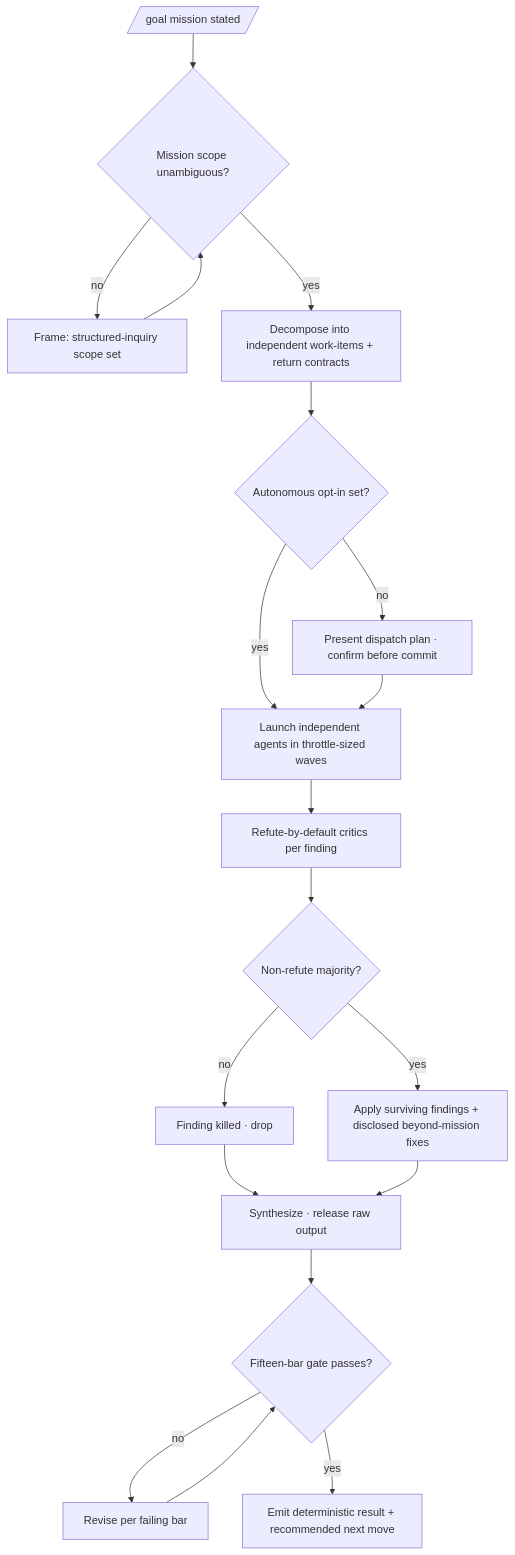
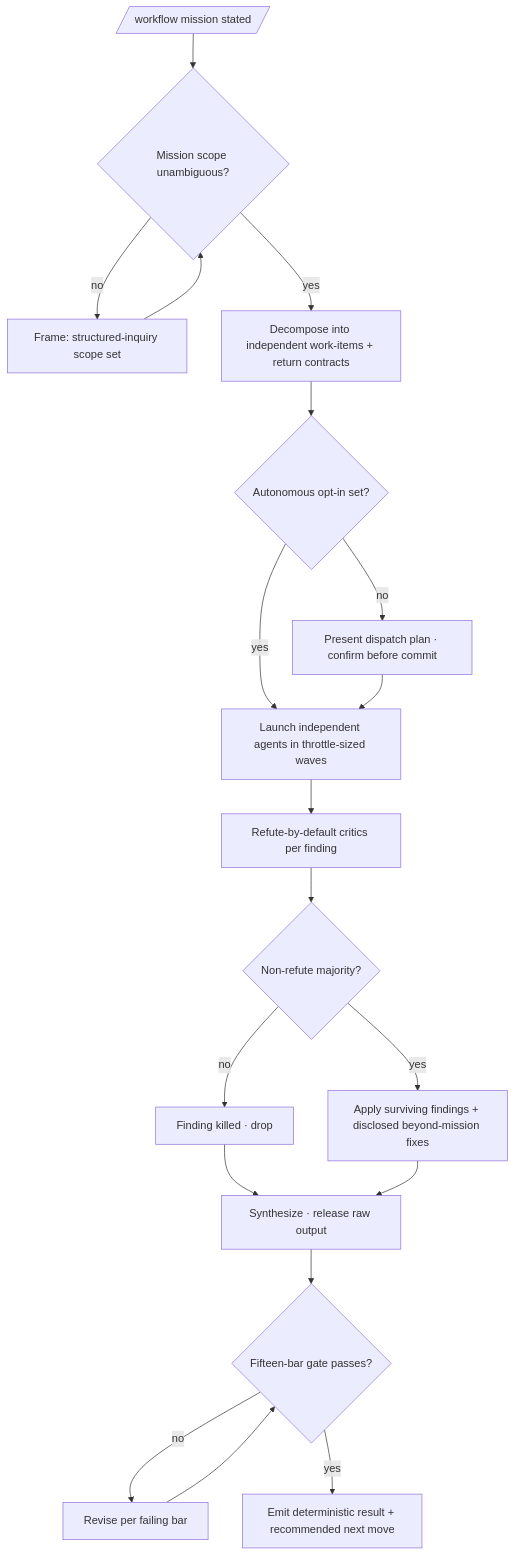
Before and after one commit to Ahmed-G-Gad/apothem: the diagram in src/apothem/commands/workflow.md, drawn with Mermaid. The commit also changed other lines of this file and 25 other files, not shown here.

````diff
--- a/src/apothem/commands/workflow.md
+++ b/src/apothem/commands/workflow.md
@@ -124,24 +124,24 @@
 ```mermaid
 %% verified: 2026-06-14 %%
 %% provenance: commands/workflow.md §Workflow %%
 %% cross-reference: skills/workflow/SKILL.md, rules/agent-orchestration.md, rules/agnostic-posture.md %%
 flowchart TD
-    Start[/goal mission stated/] --> Frame{Mission scope unambiguous?}
+    Start[/workflow mission stated/] --> Frame{Mission scope unambiguous?}
     Frame -->|no| Inquiry[Frame: structured-inquiry scope set]
     Inquiry --> Frame
     Frame -->|yes| Decompose[Decompose into independent work-items + return contracts]
     Decompose --> OptIn{Autonomous opt-in set?}
     OptIn -->|no| Plan[Present dispatch plan · confirm before commit]
     OptIn -->|yes| Dispatch[Launch independent agents in throttle-sized waves]
     Plan --> Dispatch
     Dispatch --> Verify[Refute-by-default critics per finding]
     Verify --> Survive{Non-refute majority?}
     Survive -->|no| Kill[Finding killed · drop]
     Survive -->|yes| Remediate[Apply surviving findings + disclosed beyond-mission fixes]
     Kill --> Synth
     Remediate --> Synth[Synthesize · release raw output]
     Synth --> Gate{Fifteen-bar gate passes?}
     Gate -->|no| Revise[Revise per failing bar]
     Revise --> Gate
     Gate -->|yes| Emit[Emit deterministic result + recommended next move]
 ```
````
